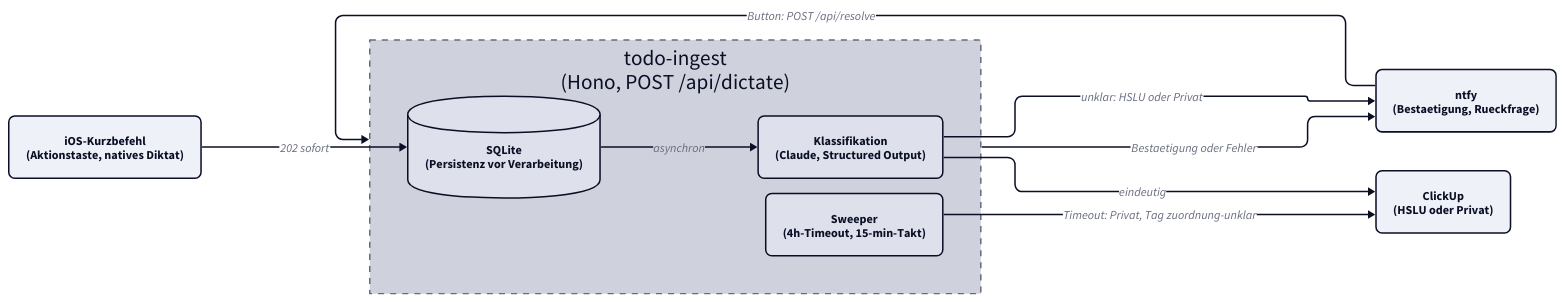
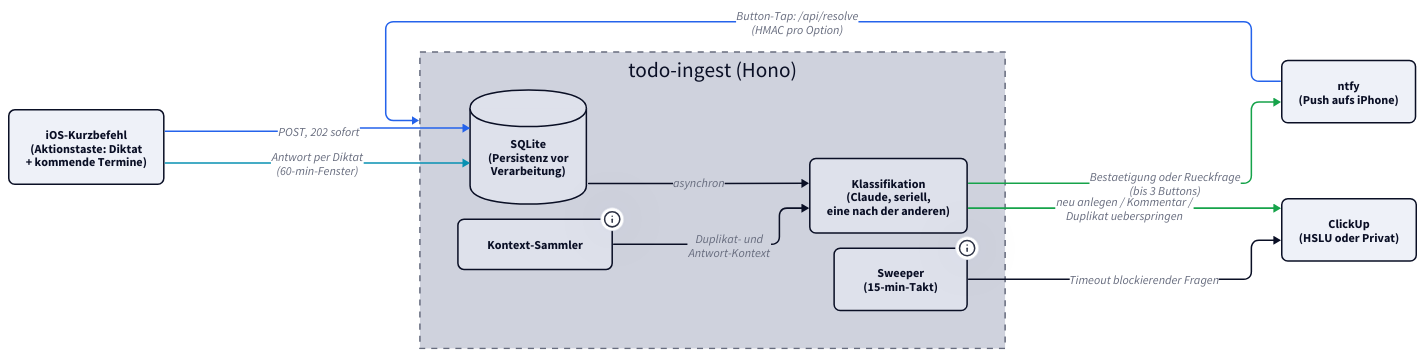
The first of 2 diagrams in docs/todo-ingest/index.md (derever-labs/homelab-wiki), drawn with D2 before and after one commit. The commit also changed other lines of this file, not shown here.

Commit message:
docs(todo-ingest): Bedienung mit Dialog-Sequenz, Diagramm auf Ausbau-Stand

````diff
--- a/docs/todo-ingest/index.md
+++ b/docs/todo-ingest/index.md
@@ -31,34 +31,42 @@
 ```d2
 vars: {
   d2-config: {
     theme-id: 1
     layout-engine: elk
   }
 }
 
 classes: {
   node: { style: { border-radius: 8 } }
 }
 
 direction: right
 
-Shortcut: "iOS-Kurzbefehl\n(Aktionstaste, natives Diktat)" { class: node }
+Shortcut: "iOS-Kurzbefehl\n(Aktionstaste: Diktat\n+ kommende Termine)" { class: node }
 
-Ingest: "todo-ingest\n(Hono, POST /api/dictate)" {
+Ingest: "todo-ingest (Hono)" {
   style.stroke-dash: 4
-  DB: "SQLite\n(Persistenz vor Verarbeitung)" { shape: cylinder; class: node }
-  AI: "Klassifikation\n(Claude, Structured Output)" { class: node }
-  SWEEP: "Sweeper\n(4h-Timeout, 15-min-Takt)" { class: node }
+  DB: "SQLite\n(Persistenz vor\nVerarbeitung)" { shape: cylinder; class: node }
+  CTX: "Kontext-Sammler" {
+    class: node
+    tooltip: Offene Tasks beider Ziel-Listen, soeben angelegte Tasks (24h), offene Rueckfragen (60 min) und mitgeschickte Termine -- als Daten deklariert (Injection-Haertung)
+  }
+  AI: "Klassifikation\n(Claude, seriell,\neine nach der anderen)" { class: node }
+  SWEEP: "Sweeper\n(15-min-Takt)" {
+    class: node
+    tooltip: Blockierende Rueckfragen laufen nach 4 h in die Privat-Liste (Tag zuordnung-unklar), anreichernde verfallen nach 7 Tagen still
+  }
 }
 
 ClickUp: "ClickUp\n(HSLU oder Privat)" { class: node }
-Ntfy: "ntfy\n(Bestaetigung, Rueckfrage)" { class: node }
+Ntfy: "ntfy\n(Push aufs iPhone)" { class: node }
 
-Shortcut -> Ingest.DB: "202 sofort"
+Shortcut -> Ingest.DB: "POST, 202 sofort" { style.stroke: "#2563eb" }
 Ingest.DB -> Ingest.AI: "asynchron"
-Ingest.AI -> ClickUp: "eindeutig"
-Ingest.AI -> Ntfy: "unklar: HSLU oder Privat"
-Ntfy -> Ingest: "Button: POST /api/resolve"
-Ingest.SWEEP -> ClickUp: "Timeout: Privat, Tag zuordnung-unklar"
-Ingest -> Ntfy: "Bestaetigung oder Fehler"
+Ingest.CTX -> Ingest.AI: "Duplikat- und\nAntwort-Kontext"
+Ingest.AI -> ClickUp: "neu anlegen / Kommentar /\nDuplikat ueberspringen" { style.stroke: "#16a34a" }
+Ingest.AI -> Ntfy: "Bestaetigung oder Rueckfrage\n(bis 3 Buttons)" { style.stroke: "#16a34a" }
+Ntfy -> Ingest: "Button-Tap: /api/resolve\n(HMAC pro Option)" { style.stroke: "#2563eb" }
+Shortcut -> Ingest.DB: "Antwort per Diktat\n(60-min-Fenster)" { style.stroke: "#0891b2" }
+Ingest.SWEEP -> ClickUp: "Timeout blockierender Fragen"
 ```
````
